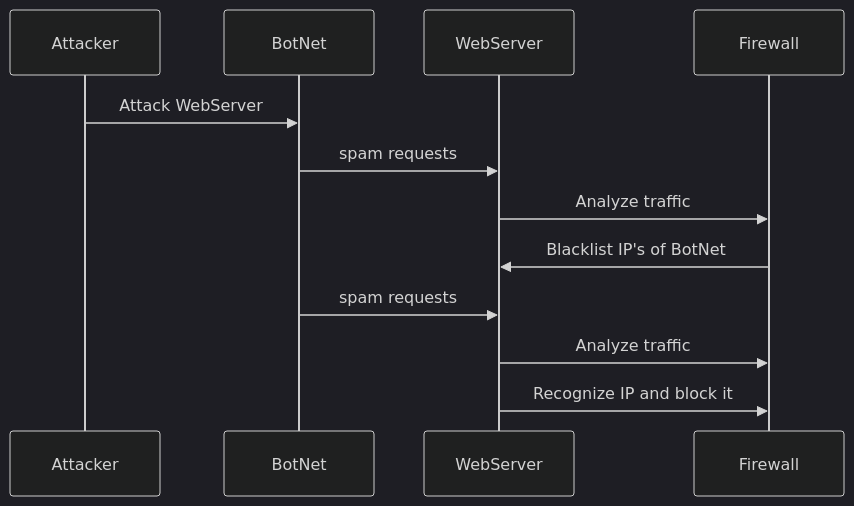
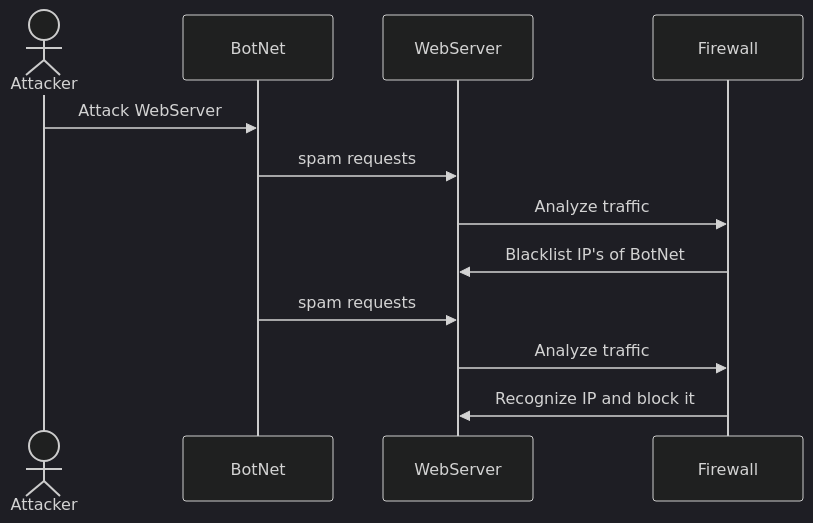
One commit to JulianFlicker11/JulianFlicker11.github.io changed the diagram in DDoS_Attack_Sequence.md. Above: the diagram before and after it, drawn with Mermaid (dark theme).

````diff
--- a/DDoS_Attack_Sequence.md
+++ b/DDoS_Attack_Sequence.md
@@ -1,14 +1,14 @@
 ```mermaid
 sequenceDiagram
-participant Attacker
+actor Attacker
 participant BotNet
 participant WebServer
 participant Firewall
 Attacker->>BotNet: Attack WebServer
 BotNet->>WebServer: spam requests
 WebServer->>Firewall: Analyze traffic
 Firewall->>WebServer: Blacklist IP's of BotNet
 BotNet->>WebServer: spam requests
 WebServer->>Firewall: Analyze traffic
-WebServer->>Firewall: Recognize IP and block it
+Firewall->>WebServer: Recognize IP and block it
 ```
````
